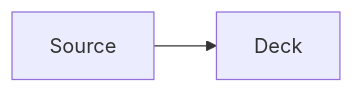
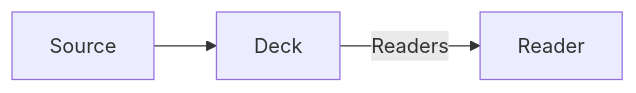
Before and after one commit to saburto/saburto-decks: the second of 2 diagrams in decks/example.mdx, drawn with Mermaid. The commit also changed other lines of this file and 5 other files, not shown here.

Commit message:
feat: add mermaid flowchart

````diff
--- a/decks/example.mdx
+++ b/decks/example.mdx
@@ -87,4 +87,5 @@
 ```mermaid
 flowchart LR
     A[Source] --> B[Deck]
+    B -->|Readers| C[Reader]
 ```
````
